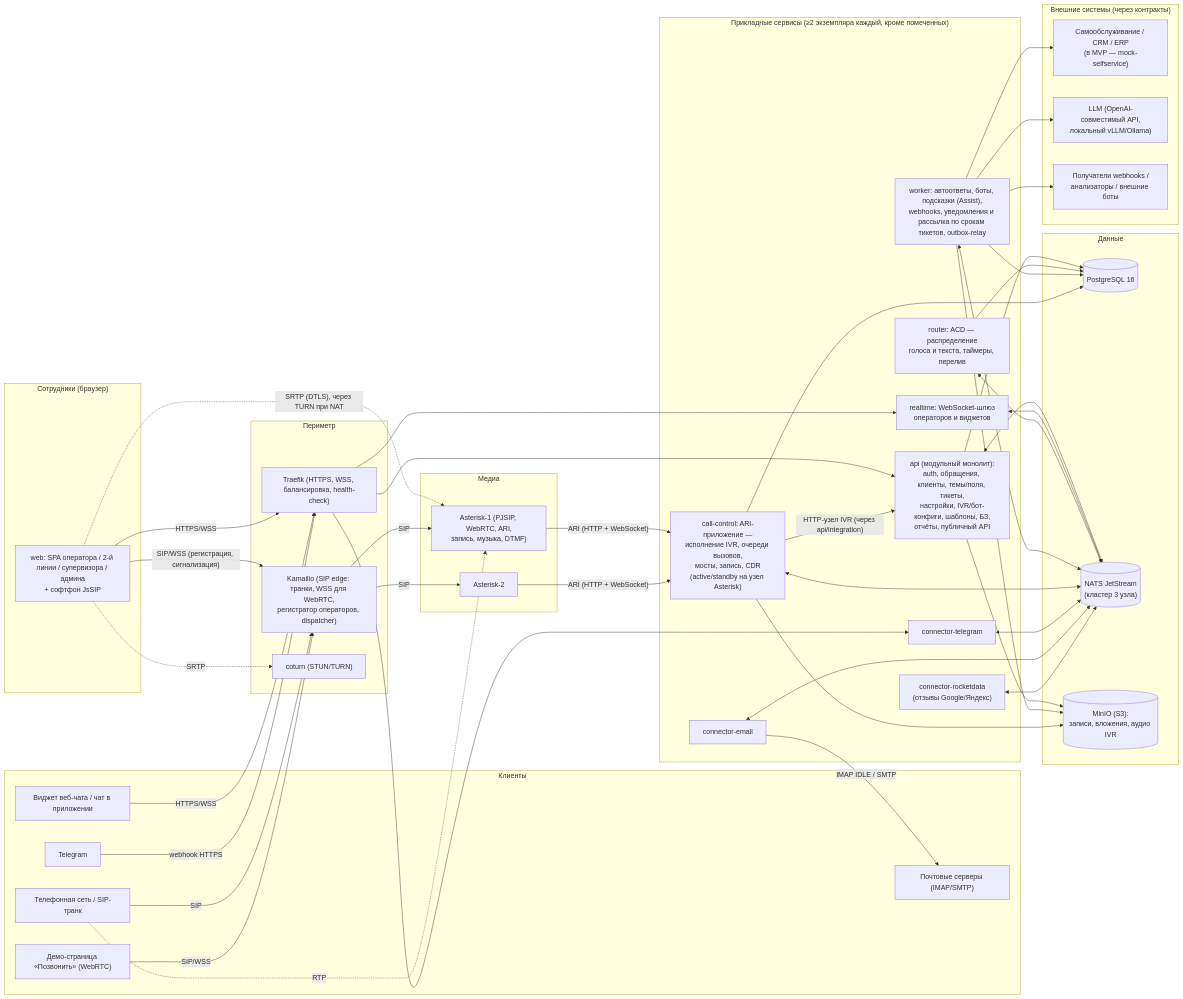
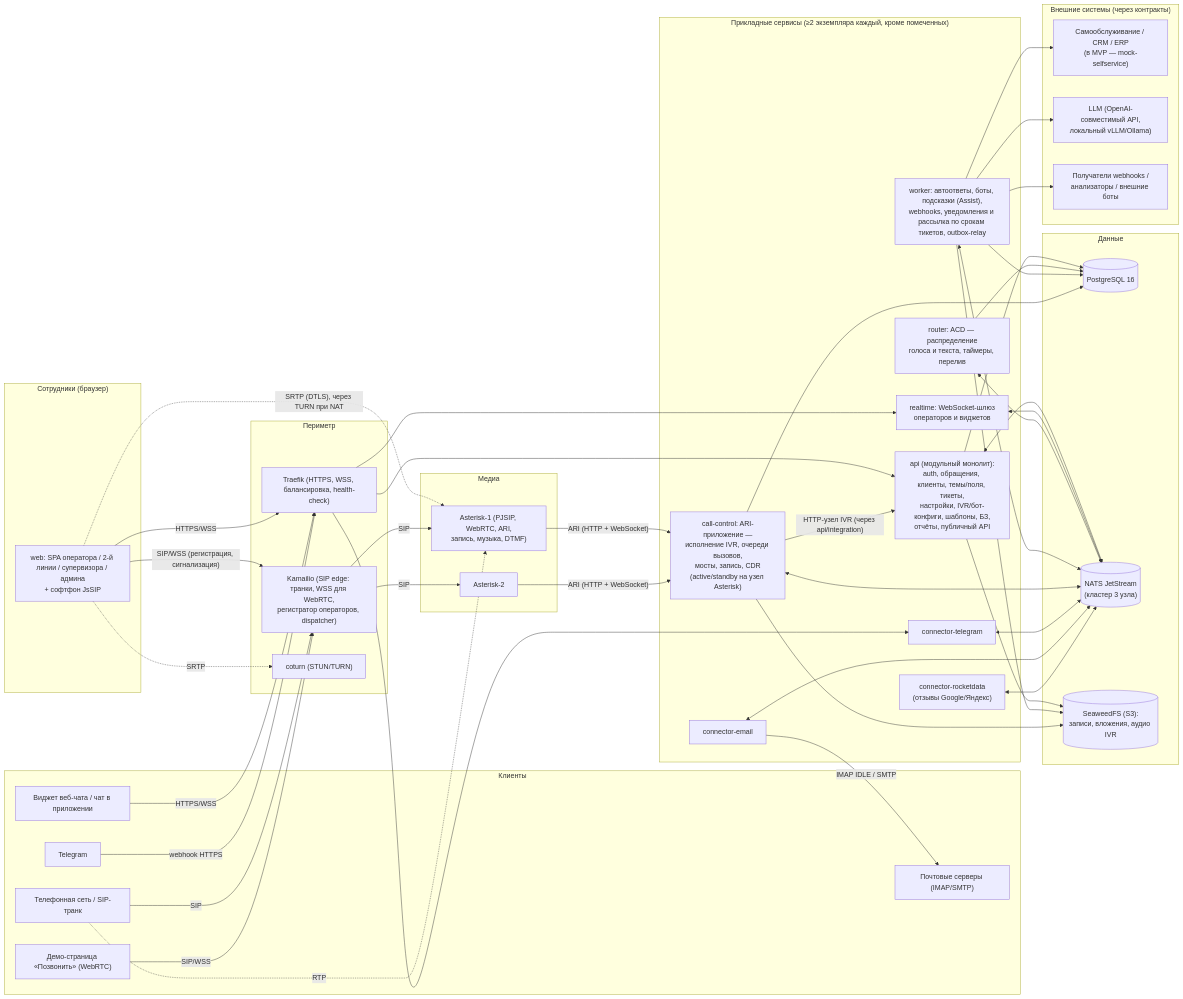
Before and after one commit to afedortsovbn-commits/CkaudeGitHub: the first of 8 diagrams in Контакт-центр/planning/02-архитектура.md, drawn with Mermaid. The commit also changed other lines of this file and 65 other files, not shown here.

````diff
--- a/Контакт-центр/planning/02-архитектура.md
+++ b/Контакт-центр/planning/02-архитектура.md
@@ -21,69 +21,69 @@
 ```mermaid
 flowchart LR
   subgraph Clients["Клиенты"]
     PSTN["Телефонная сеть / SIP-транк"]
     DemoCaller["Демо-страница «Позвонить» (WebRTC)"]
     Widget["Виджет веб-чата / чат в приложении"]
     TG["Telegram"]
     Mail["Почтовые серверы (IMAP/SMTP)"]
   end
 
   subgraph Staff["Сотрудники (браузер)"]
     WebApp["web: SPA оператора / 2-й линии / супервизора / админа<br/>+ софтфон JsSIP"]
   end
 
   subgraph Edge["Периметр"]
     Traefik["Traefik (HTTPS, WSS, балансировка, health-check)"]
     Kamailio["Kamailio (SIP edge: транки, WSS для WebRTC,<br/>регистратор операторов, dispatcher)"]
     TURN["coturn (STUN/TURN)"]
   end
 
   subgraph Media["Медиа"]
     AST1["Asterisk-1 (PJSIP, WebRTC, ARI,<br/>запись, музыка, DTMF)"]
     AST2["Asterisk-2"]
   end
 
   subgraph App["Прикладные сервисы (≥2 экземпляра каждый, кроме помеченных)"]
     API["api (модульный монолит):<br/>auth, обращения, клиенты, темы/поля, тикеты,<br/>настройки, IVR/бот-конфиги, шаблоны, БЗ,<br/>отчёты, публичный API"]
     RT["realtime: WebSocket-шлюз<br/>операторов и виджетов"]
     Router["router: ACD — распределение<br/>голоса и текста, таймеры, перелив"]
     Worker["worker: автоответы, боты, подсказки (Assist),<br/>webhooks, уведомления и рассылка по срокам тикетов, outbox-relay"]
     CallCtl["call-control: ARI-приложение —<br/>исполнение IVR, очереди вызовов,<br/>мосты, запись, CDR<br/>(active/standby на узел Asterisk)"]
     ConnTG["connector-telegram"]
     ConnMail["connector-email"]
     ConnMaps["connector-rocketdata<br/>(отзывы Google/Яндекс)"]
   end
 
   subgraph Data["Данные"]
     PG[("PostgreSQL 16")]
     NATS[("NATS JetStream<br/>(кластер 3 узла)")]
-    S3[("MinIO (S3):<br/>записи, вложения, аудио IVR")]
+    S3[("SeaweedFS (S3):<br/>записи, вложения, аудио IVR")]
   end
 
   subgraph Ext["Внешние системы (через контракты)"]
     Self["Самообслуживание / CRM / ERP<br/>(в MVP — mock-selfservice)"]
     LLM["LLM (OpenAI-совместимый API,<br/>локальный vLLM/Ollama)"]
     Hooks["Получатели webhooks /<br/>анализаторы / внешние боты"]
   end
 
   PSTN -- SIP --> Kamailio
   PSTN -. RTP .-> AST1
   DemoCaller -- SIP/WSS --> Kamailio
   WebApp -- "SIP/WSS (регистрация, сигнализация)" --> Kamailio
   WebApp -. "SRTP (DTLS), через TURN при NAT" .-> AST1
   WebApp -. SRTP .-> TURN
   Kamailio -- SIP --> AST1 & AST2
   AST1 & AST2 -- "ARI (HTTP + WebSocket)" --> CallCtl
 
   WebApp -- HTTPS/WSS --> Traefik
   Widget -- HTTPS/WSS --> Traefik
   TG -- webhook HTTPS --> Traefik
   Traefik --> API & RT & ConnTG
   ConnMail -- IMAP IDLE / SMTP --> Mail
 
   API & RT & Router & Worker & CallCtl & ConnTG & ConnMail & ConnMaps <--> NATS
   API & Router & Worker & CallCtl --> PG
   API & Worker & CallCtl --> S3
   Worker --> Self & LLM & Hooks
   CallCtl -- "HTTP-узел IVR (через api/integration)" --> API
 ```
````
